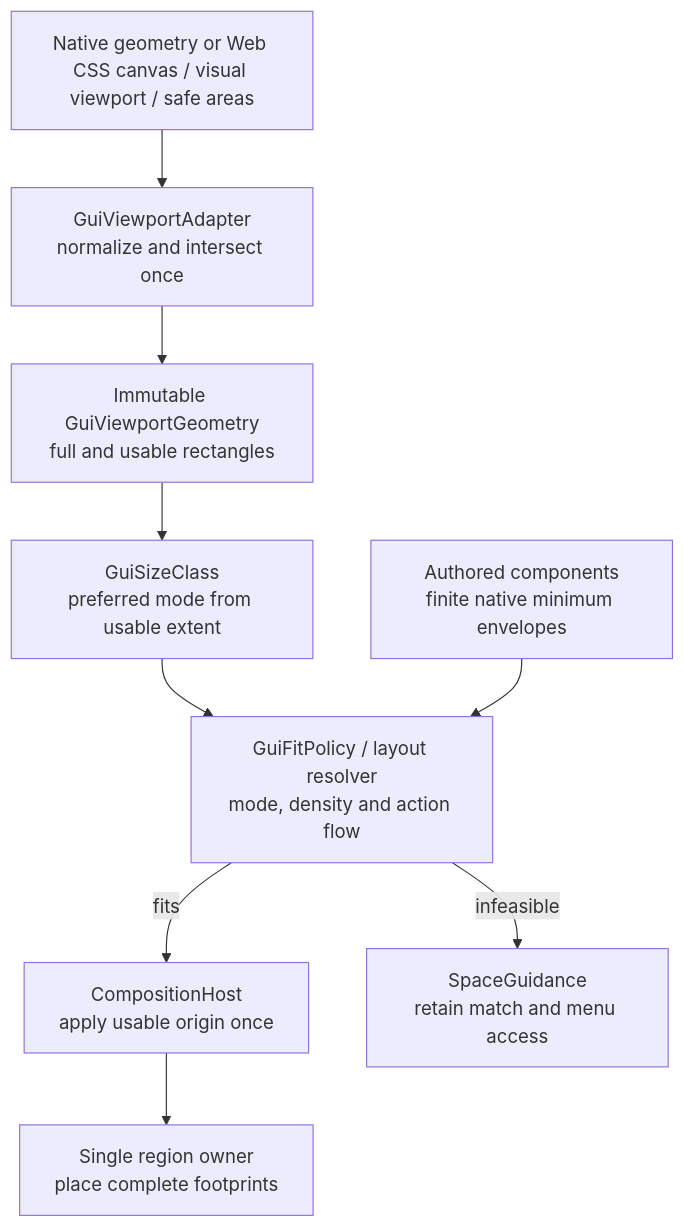
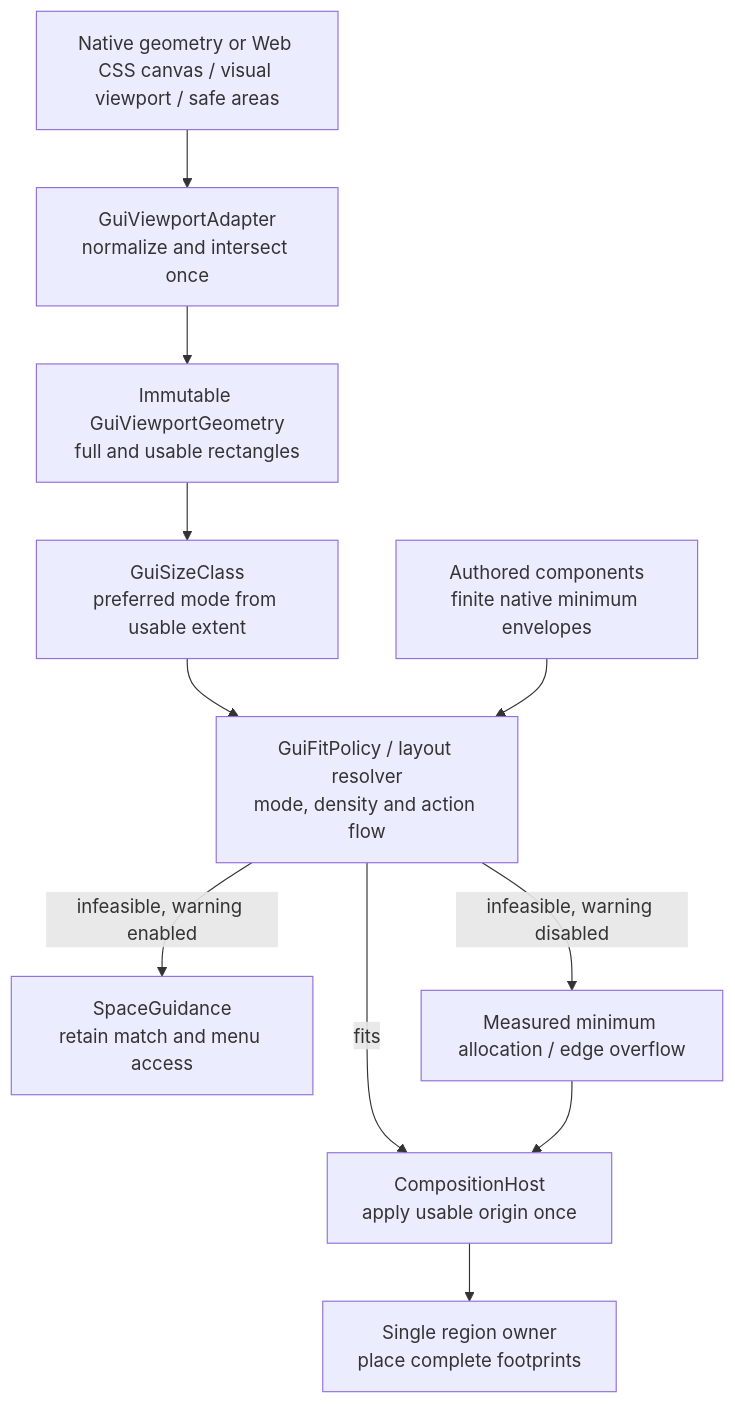
One commit to rofferdal/pokahdot changed the third of 3 diagrams in devdocs/reference/gui-composition.md. Above: the diagram before and after it, drawn with Mermaid. The commit also changed other lines of this file and 38 other files, not shown here.

````diff
--- a/devdocs/reference/gui-composition.md
+++ b/devdocs/reference/gui-composition.md
@@ -157,17 +203,19 @@
 ```mermaid
 flowchart TD
     Platform["Native geometry or Web CSS canvas / visual viewport / safe areas"]
     Adapter["GuiViewportAdapter<br/>normalize and intersect once"]
     Geometry["Immutable GuiViewportGeometry<br/>full and usable rectangles"]
     Classify["GuiSizeClass<br/>preferred mode from usable extent"]
     Measure["Authored components<br/>finite native minimum envelopes"]
     Fit["GuiFitPolicy / layout resolver<br/>mode, density and action flow"]
     Host["CompositionHost<br/>apply usable origin once"]
     Render["Single region owner<br/>place complete footprints"]
     Guidance["SpaceGuidance<br/>retain match and menu access"]
     Platform --> Adapter --> Geometry
     Geometry --> Classify --> Fit
     Measure --> Fit
     Fit -->|fits| Host --> Render
-    Fit -->|infeasible| Guidance
+    Fit -->|infeasible, warning enabled| Guidance
+    Fit -->|infeasible, warning disabled| Overflow["Measured minimum allocation / edge overflow"]
+    Overflow --> Host
 ```
````
